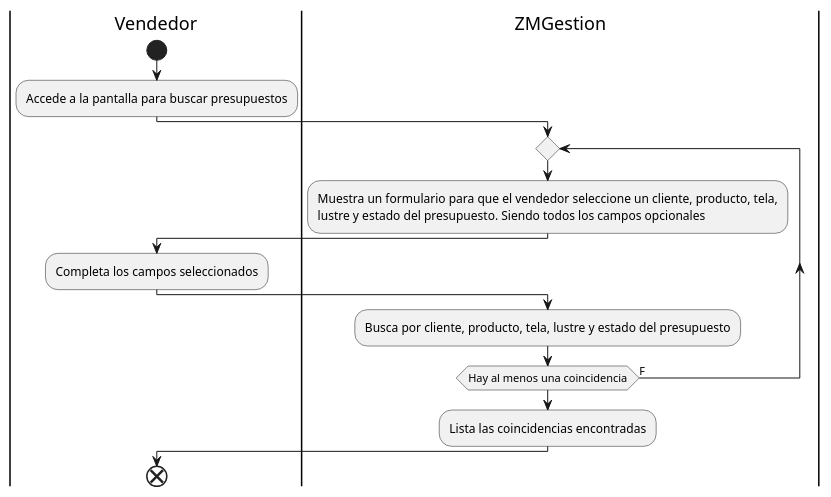
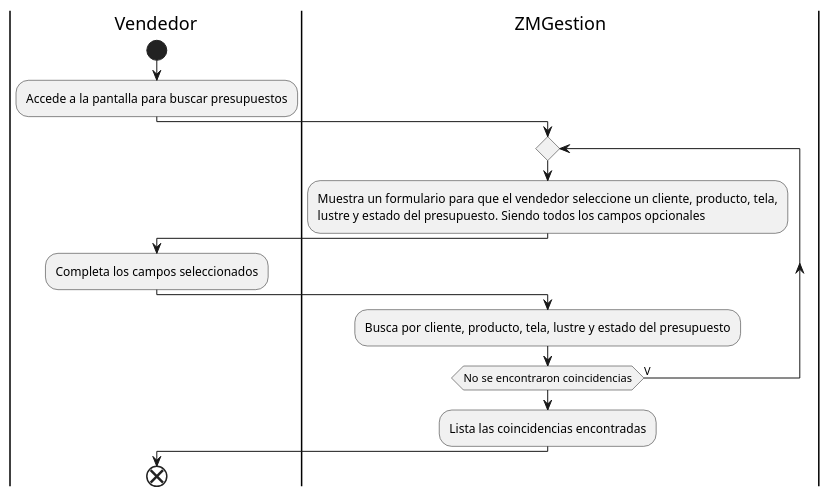
The fifth of 35 diagrams in DiagramasActividad/DiagramaDeActividad.puml (ZMGestion/DocumentacionZMGestion), drawn with PlantUML before and after one commit. The commit also changed other lines of this file and 9 other files, not shown here.

```diff
--- a/DiagramasActividad/DiagramaDeActividad.puml
+++ b/DiagramasActividad/DiagramaDeActividad.puml
@@ -56,17 +56,17 @@
 @startuml buscarAvanzadoPresupuestos
 |Vendedor|
 start
 :Accede a la pantalla para buscar presupuestos;
 |ZMGestion|
 repeat
 :Muestra un formulario para que el vendedor seleccione un cliente, producto, tela,
 lustre y estado del presupuesto. Siendo todos los campos opcionales;
 |Vendedor|
 :Completa los campos seleccionados;
 |ZMGestion|
 :Busca por cliente, producto, tela, lustre y estado del presupuesto;
-repeat while(Hay al menos una coincidencia) is (F)
+repeat while(No se encontraron coincidencias) is (V)
 :Lista las coincidencias encontradas;
 |Vendedor|
 end
 @enduml
```
